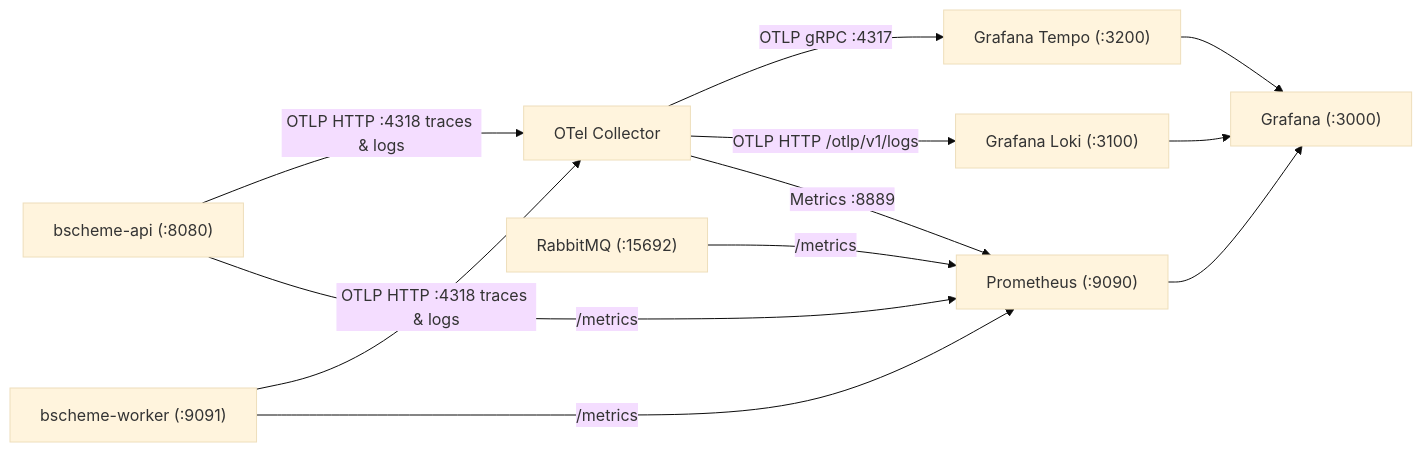
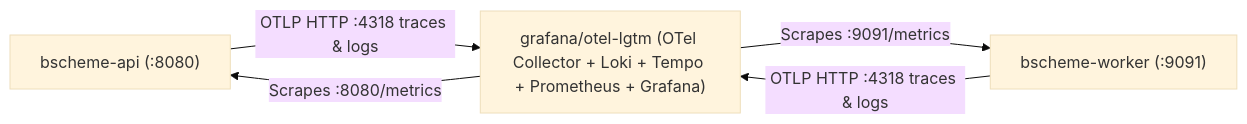
One commit to Vearance/tubes-wbd changed the diagram in observability/README.md. Above: the diagram before and after it, drawn with Mermaid (base theme). The commit also changed other lines of this file and 20 other files, not shown here.

Commit message:
refactor(observability): simplify stack to single otel-lgtm container and 7-panel dashboard

````diff
--- a/observability/README.md
+++ b/observability/README.md
@@ -7,17 +7,7 @@
 ```mermaid
 flowchart LR
-  API["bscheme-api (:8080)"] -->|OTLP HTTP :4318 traces & logs| COL["OTel Collector"]
-  WRK["bscheme-worker (:9091)"] -->|OTLP HTTP :4318 traces & logs| COL
-
-  COL -->|OTLP gRPC :4317| TEMPO["Grafana Tempo (:3200)"]
-  COL -->|OTLP HTTP /otlp/v1/logs| LOKI["Grafana Loki (:3100)"]
-  COL -->|Metrics :8889| PROM["Prometheus (:9090)"]
-
-  API -->|/metrics| PROM
-  WRK -->|/metrics| PROM
-  RMQ["RabbitMQ (:15692)"] -->|/metrics| PROM
-
-  PROM --> GRAF["Grafana (:3000)"]
-  TEMPO --> GRAF
-  LOKI --> GRAF
+  API["bscheme-api (:8080)"] -->|OTLP HTTP :4318 traces & logs| LGTM
+  WRK["bscheme-worker (:9091)"] -->|OTLP HTTP :4318 traces & logs| LGTM
+  LGTM["grafana/otel-lgtm (OTel Collector + Loki + Tempo + Prometheus + Grafana)"] -->|Scrapes :8080/metrics| API
+  LGTM -->|Scrapes :9091/metrics| WRK
 ```
````
